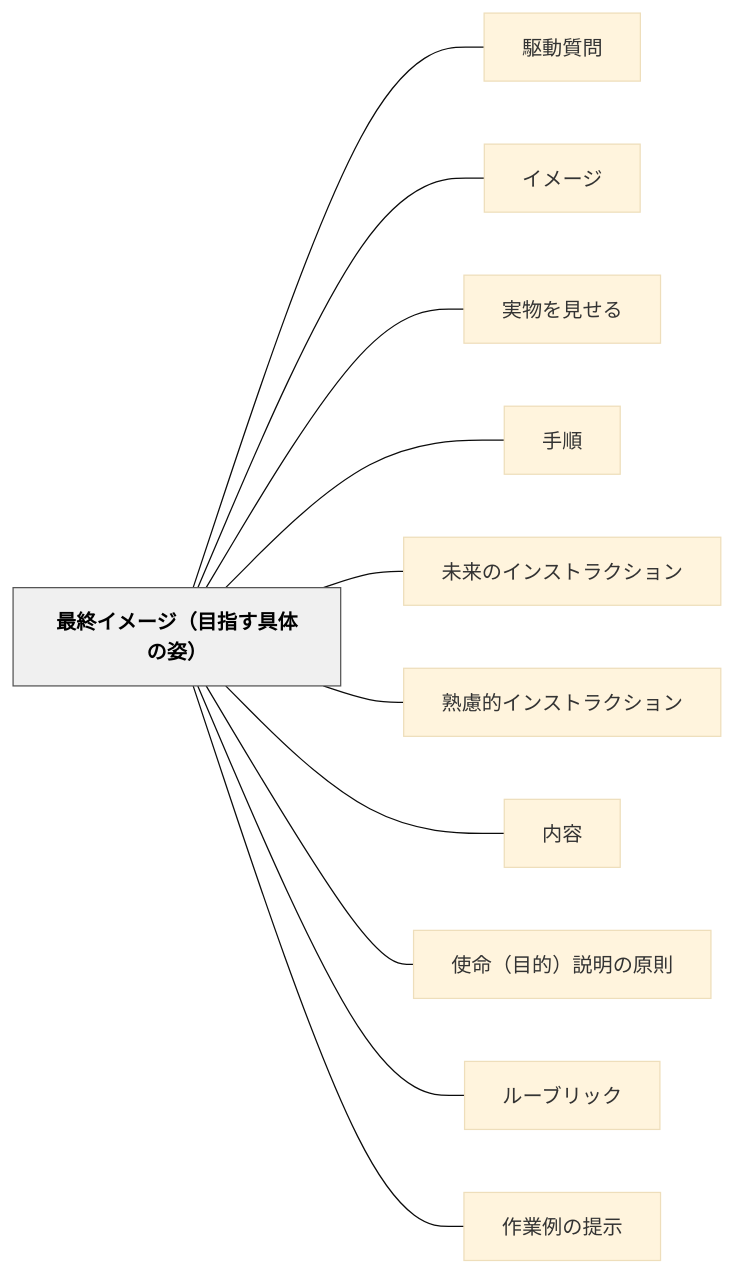
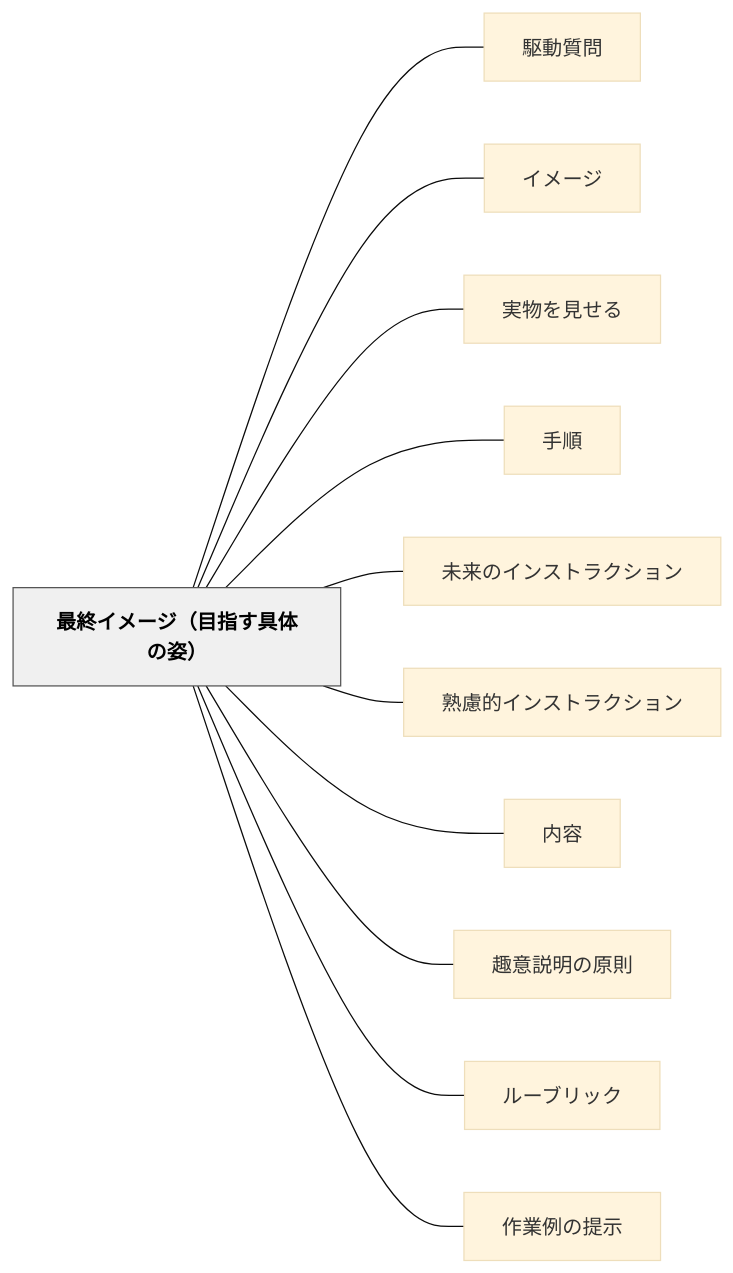
One commit to unknownthings-ed-patterns/unknownthings-ed-patterns changed the diagram in content/パタン/最終イメージ（目指す具体の姿）.md. Above: the diagram before and after it, drawn with Mermaid (base theme). The commit also changed other lines of this file and 41 other files, not shown here.

````diff
--- a/content/パタン/最終イメージ（目指す具体の姿）.md
+++ b/content/パタン/最終イメージ（目指す具体の姿）.md
@@ -37,28 +37,28 @@
 ```mermaid
 flowchart LR
     ne69c80e7b582e382a4e383a1e383bce382b8efbc88e79baee68c87e38199e585b7e4bd93e381aee5a7bfefbc89["最終イメージ（目指す具体の姿）"]
     ne9a786e58b95e8b3aae5958f["駆動質問"]
     ne382a4e383a1e383bce382b8["イメージ"]
     ne5ae9fe789a9e38292e8a68be3819be3828b["実物を見せる"]
     ne6898be9a086["手順"]
     ne69caae69da5e381aee382a4e383b3e382b9e38388e383a9e382afe382b7e383a7e383b3["未来のインストラクション"]
     ne7869fe685aee79a84e382a4e383b3e382b9e38388e383a9e382afe382b7e383a7e383b3["熟慮的インストラクション"]
     ne58685e5aeb9["内容"]
-    ne4bdbfe591bdefbc88e79baee79a84efbc89e8aaace6988ee381aee58e9fe58987["使命（目的）説明の原則"]
+    ne8b6a3e6848fe8aaace6988ee381aee58e9fe58987["趣意説明の原則"]
     ne383abe383bce38396e383aae38383e382af["ルーブリック"]
     ne4bd9ce6a5ade4be8be381aee68f90e7a4ba["作業例の提示"]
 
     ne69c80e7b582e382a4e383a1e383bce382b8efbc88e79baee68c87e38199e585b7e4bd93e381aee5a7bfefbc89 --- ne9a786e58b95e8b3aae5958f
     ne69c80e7b582e382a4e383a1e383bce382b8efbc88e79baee68c87e38199e585b7e4bd93e381aee5a7bfefbc89 --- ne382a4e383a1e383bce382b8
     ne69c80e7b582e382a4e383a1e383bce382b8efbc88e79baee68c87e38199e585b7e4bd93e381aee5a7bfefbc89 --- ne5ae9fe789a9e38292e8a68be3819be3828b
     ne69c80e7b582e382a4e383a1e383bce382b8efbc88e79baee68c87e38199e585b7e4bd93e381aee5a7bfefbc89 --- ne6898be9a086
     ne69c80e7b582e382a4e383a1e383bce382b8efbc88e79baee68c87e38199e585b7e4bd93e381aee5a7bfefbc89 --- ne69caae69da5e381aee382a4e383b3e382b9e38388e383a9e382afe382b7e383a7e383b3
     ne69c80e7b582e382a4e383a1e383bce382b8efbc88e79baee68c87e38199e585b7e4bd93e381aee5a7bfefbc89 --- ne7869fe685aee79a84e382a4e383b3e382b9e38388e383a9e382afe382b7e383a7e383b3
     ne69c80e7b582e382a4e383a1e383bce382b8efbc88e79baee68c87e38199e585b7e4bd93e381aee5a7bfefbc89 --- ne58685e5aeb9
-    ne69c80e7b582e382a4e383a1e383bce382b8efbc88e79baee68c87e38199e585b7e4bd93e381aee5a7bfefbc89 --- ne4bdbfe591bdefbc88e79baee79a84efbc89e8aaace6988ee381aee58e9fe58987
+    ne69c80e7b582e382a4e383a1e383bce382b8efbc88e79baee68c87e38199e585b7e4bd93e381aee5a7bfefbc89 --- ne8b6a3e6848fe8aaace6988ee381aee58e9fe58987
     ne69c80e7b582e382a4e383a1e383bce382b8efbc88e79baee68c87e38199e585b7e4bd93e381aee5a7bfefbc89 --- ne383abe383bce38396e383aae38383e382af
     ne69c80e7b582e382a4e383a1e383bce382b8efbc88e79baee68c87e38199e585b7e4bd93e381aee5a7bfefbc89 --- ne4bd9ce6a5ade4be8be381aee68f90e7a4ba
 
     classDef hub fill:#f0f0f0,stroke:#555,color:#000,font-weight:bold
     class ne69c80e7b582e382a4e383a1e383bce382b8efbc88e79baee68c87e38199e585b7e4bd93e381aee5a7bfefbc89 hub
 ```
````
